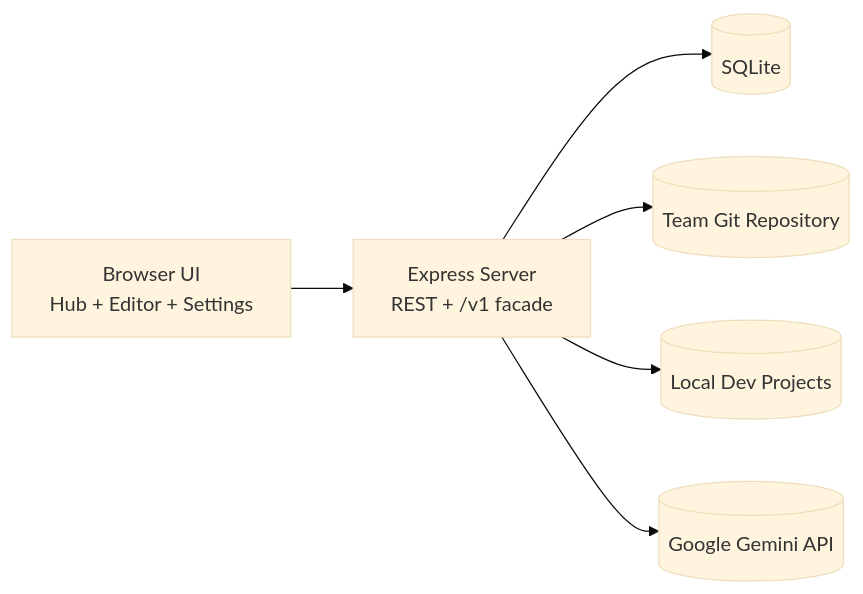
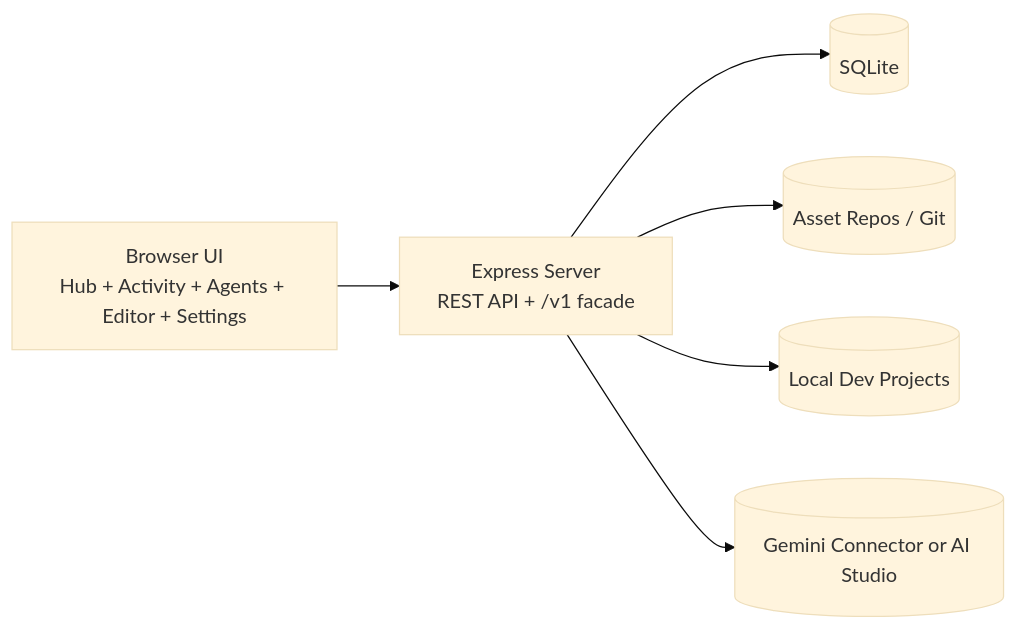
Before and after one commit to shaybc/dcc: the first of 2 diagrams in docs/architecture.md, drawn with Mermaid (base theme). The commit also changed other lines of this file, not shown here.

Commit message:
docs: refresh architecture overview to match current codebase

````diff
--- a/docs/architecture.md
+++ b/docs/architecture.md
@@ -14,15 +17,15 @@
 ```mermaid
 flowchart LR
-  Browser[Browser UI\nHub + Editor + Settings]
-  Server[Express Server\nREST + /v1 facade]
+  Browser[Browser UI\nHub + Activity + Agents + Editor + Settings]
+  Server[Express Server\nREST API + /v1 facade]
   DB[(SQLite)]
-  Repo[(Team Git Repository)]
+  Repos[(Asset Repos / Git)]
   Projects[(Local Dev Projects)]
-  Gemini[(Google Gemini API)]
+  Gemini[(Gemini Connector or AI Studio)]
 
   Browser --> Server
   Server --> DB
-  Server --> Repo
+  Server --> Repos
   Server --> Projects
   Server --> Gemini
 ```
````
